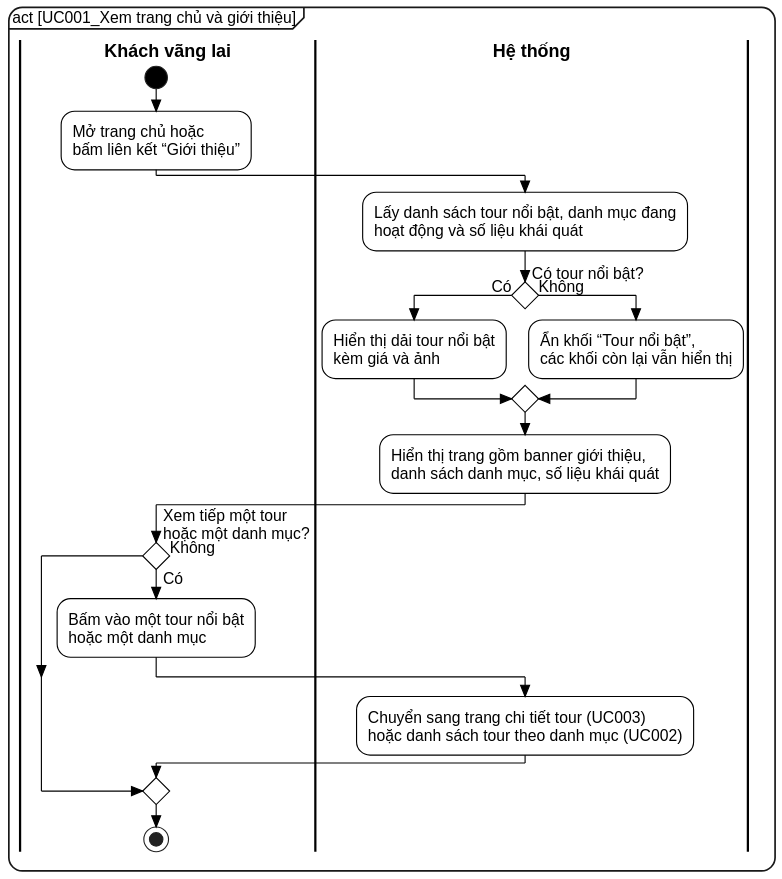
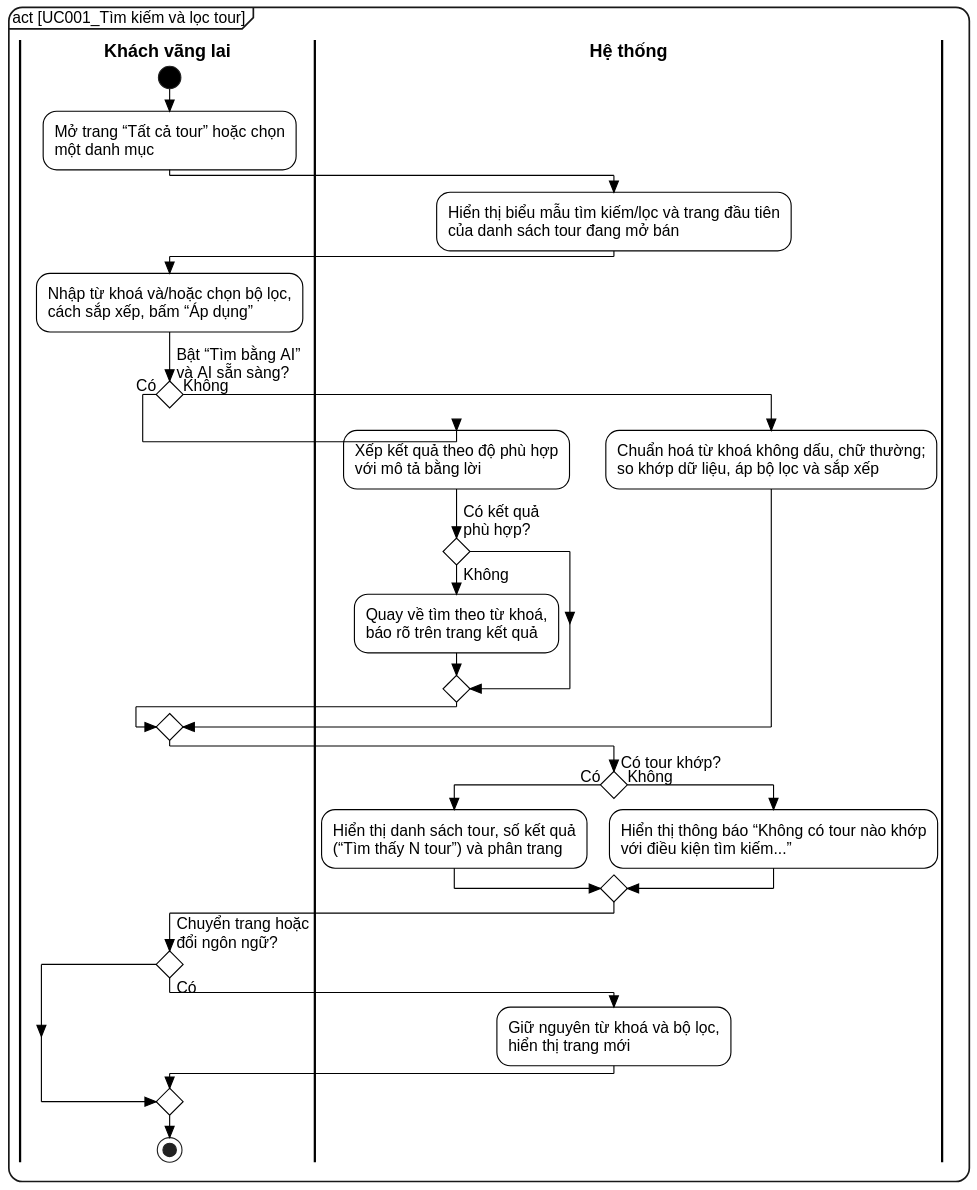
Before and after one commit to kanele05/project_www: the diagram in docs/report/diagrams/src/UC001_activity.puml, drawn with PlantUML. The commit also changed 104 other files, not shown here.

First line of the commit message:
Sắp xếp lại use case theo biểu đồ tổng quát: đánh số lại UC001–UC021, gộp quản lý danh mục, cập nhật đặc tả và sơ đồ

```diff
--- a/docs/report/diagrams/src/UC001_activity.puml
+++ b/docs/report/diagrams/src/UC001_activity.puml
@@ -1,50 +1,60 @@
 @startuml UC001_activity
 skinparam dpi 140
 skinparam defaultFontName "Liberation Sans"
 skinparam defaultFontSize 14
 skinparam backgroundColor white
 skinparam shadowing false
 skinparam RoundCorner 24
 skinparam ArrowColor black
 skinparam ArrowThickness 1.1
 skinparam ConditionStyle diamond
 skinparam ConditionEndStyle diamond
 skinparam style strictuml
 skinparam activity {
   BackgroundColor white
   BorderColor black
   BorderThickness 1
   DiamondBackgroundColor white
   DiamondBorderColor black
   StartColor black
   EndColor black
 }
 skinparam swimlane {
   BorderColor black
   BorderThickness 2
   TitleFontStyle bold
   TitleFontSize 16
 }
 skinparam wrapWidth 600
-mainframe act [UC001_Xem trang chủ và giới thiệu]
+mainframe act [UC001_Tìm kiếm và lọc tour]
 |Khách vãng lai|
 start
-:Mở trang chủ hoặc\nbấm liên kết “Giới thiệu”;
+:Mở trang “Tất cả tour” hoặc chọn\nmột danh mục;
 |Hệ thống|
-:Lấy danh sách tour nổi bật, danh mục đang\nhoạt động và số liệu khái quát;
-if (Có tour nổi bật?) then (Có)
-  :Hiển thị dải tour nổi bật\nkèm giá và ảnh;
+:Hiển thị biểu mẫu tìm kiếm/lọc và trang đầu tiên\ncủa danh sách tour đang mở bán;
+|Khách vãng lai|
+:Nhập từ khoá và/hoặc chọn bộ lọc,\ncách sắp xếp, bấm “Áp dụng”;
+if (Bật “Tìm bằng AI”\nvà AI sẵn sàng?) then (Có)
+  |Hệ thống|
+  :Xếp kết quả theo độ phù hợp\nvới mô tả bằng lời;
+  if (Có kết quả\nphù hợp?) then (Không)
+    :Quay về tìm theo từ khoá,\nbáo rõ trên trang kết quả;
+  endif
 else (Không)
-  :Ẩn khối “Tour nổi bật”,\ncác khối còn lại vẫn hiển thị;
+  |Hệ thống|
+  :Chuẩn hoá từ khoá không dấu, chữ thường;\nso khớp dữ liệu, áp bộ lọc và sắp xếp;
 endif
-:Hiển thị trang gồm banner giới thiệu,\ndanh sách danh mục, số liệu khái quát;
+|Hệ thống|
+if (Có tour khớp?) then (Có)
+  :Hiển thị danh sách tour, số kết quả\n(“Tìm thấy N tour”) và phân trang;
+else (Không)
+  :Hiển thị thông báo “Không có tour nào khớp\nvới điều kiện tìm kiếm...”;
+endif
 |Khách vãng lai|
-if (Xem tiếp một tour\nhoặc một danh mục?) then (Có)
-  :Bấm vào một tour nổi bật\nhoặc một danh mục;
+if (Chuyển trang hoặc\nđổi ngôn ngữ?) then (Có)
   |Hệ thống|
-  :Chuyển sang trang chi tiết tour (UC003)\nhoặc danh sách tour theo danh mục (UC002);
-  |Khách vãng lai|
-else (Không)
+  :Giữ nguyên từ khoá và bộ lọc,\nhiển thị trang mới;
 endif
+|Khách vãng lai|
 stop
 @enduml
```
